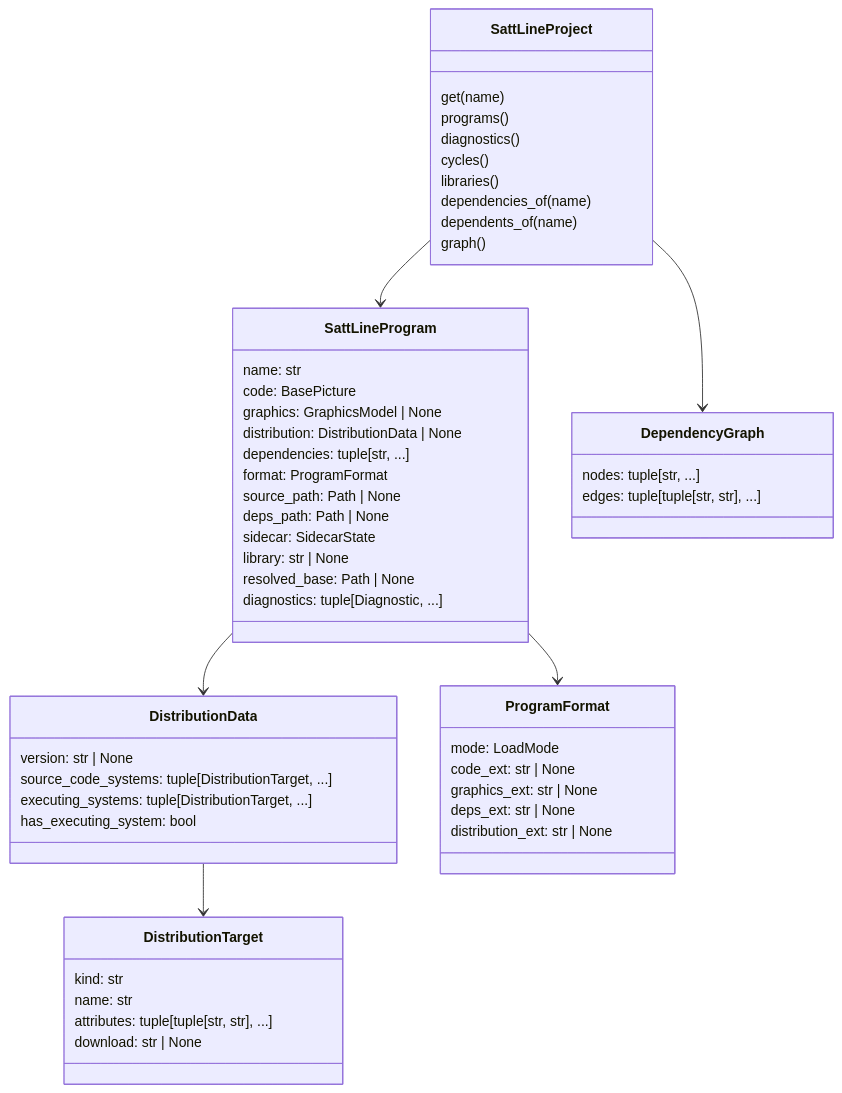
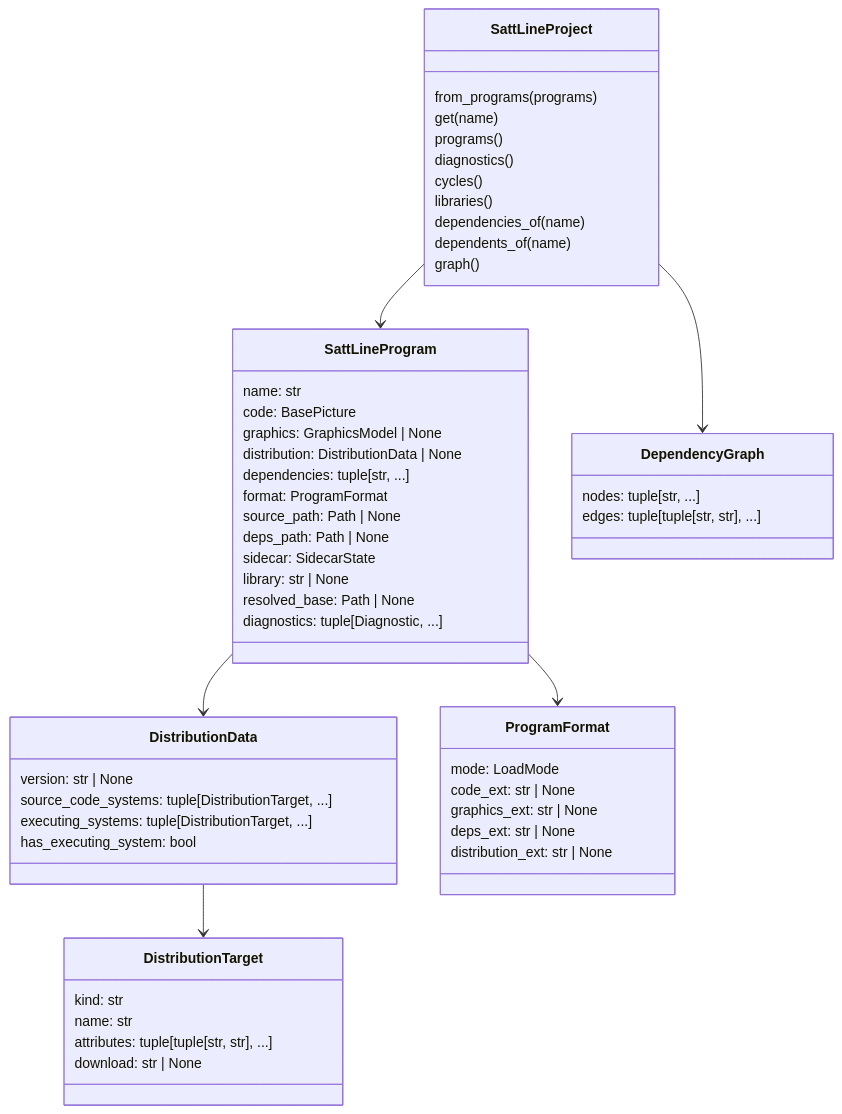
The sixth of 7 diagrams in docs/project.md (SorenHJohansen/sattline-parser), drawn with Mermaid before and after one commit. The commit also changed 13 other files, not shown here.

````diff
--- a/docs/project.md
+++ b/docs/project.md
@@ -303,56 +303,57 @@
 ```mermaid
 classDiagram
     class SattLineProject {
+        from_programs(programs)
         get(name)
         programs()
         diagnostics()
         cycles()
         libraries()
         dependencies_of(name)
         dependents_of(name)
         graph()
     }
     class SattLineProgram {
         name: str
         code: BasePicture
         graphics: GraphicsModel | None
         distribution: DistributionData | None
         dependencies: tuple[str, ...]
         format: ProgramFormat
         source_path: Path | None
         deps_path: Path | None
         sidecar: SidecarState
         library: str | None
         resolved_base: Path | None
         diagnostics: tuple[Diagnostic, ...]
     }
     class DistributionData {
         version: str | None
         source_code_systems: tuple[DistributionTarget, ...]
         executing_systems: tuple[DistributionTarget, ...]
         has_executing_system: bool
     }
     class DistributionTarget {
         kind: str
         name: str
         attributes: tuple[tuple[str, str], ...]
         download: str | None
     }
     class DependencyGraph {
         nodes: tuple[str, ...]
         edges: tuple[tuple[str, str], ...]
     }
     class ProgramFormat {
         mode: LoadMode
         code_ext: str | None
         graphics_ext: str | None
         deps_ext: str | None
         distribution_ext: str | None
     }
 
     SattLineProject --> SattLineProgram
     SattLineProject --> DependencyGraph
     SattLineProgram --> ProgramFormat
     SattLineProgram --> DistributionData
     DistributionData --> DistributionTarget
 ```
````
